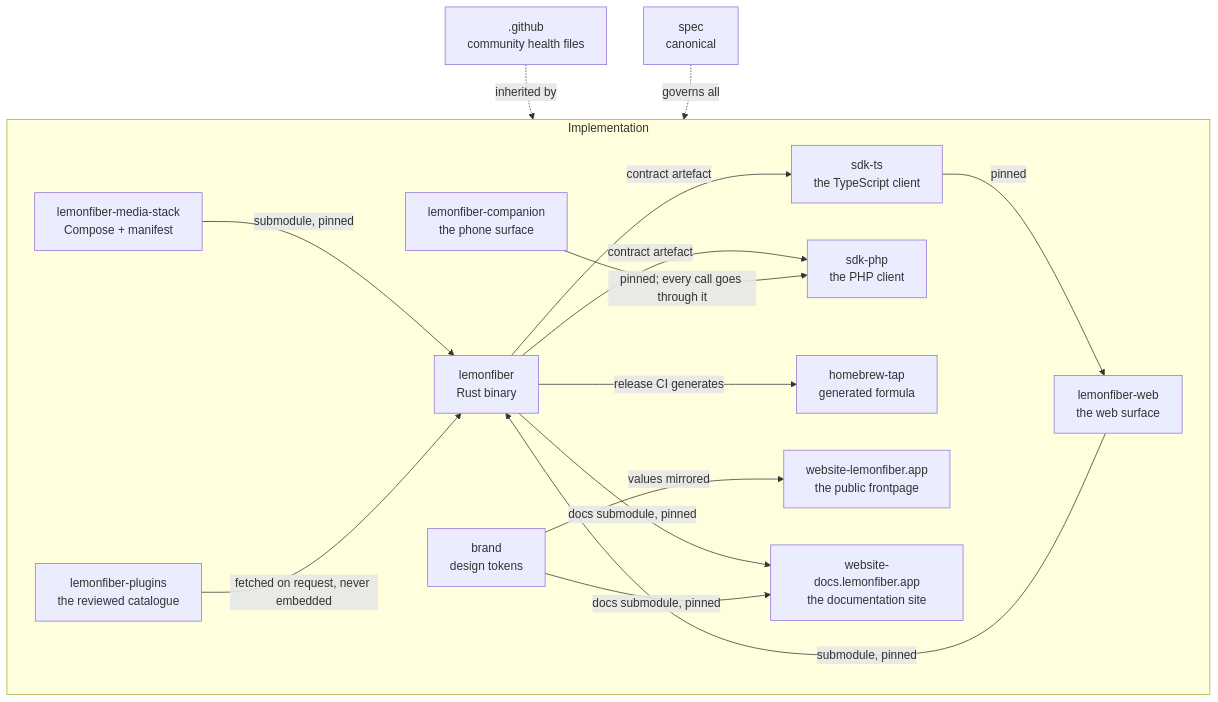
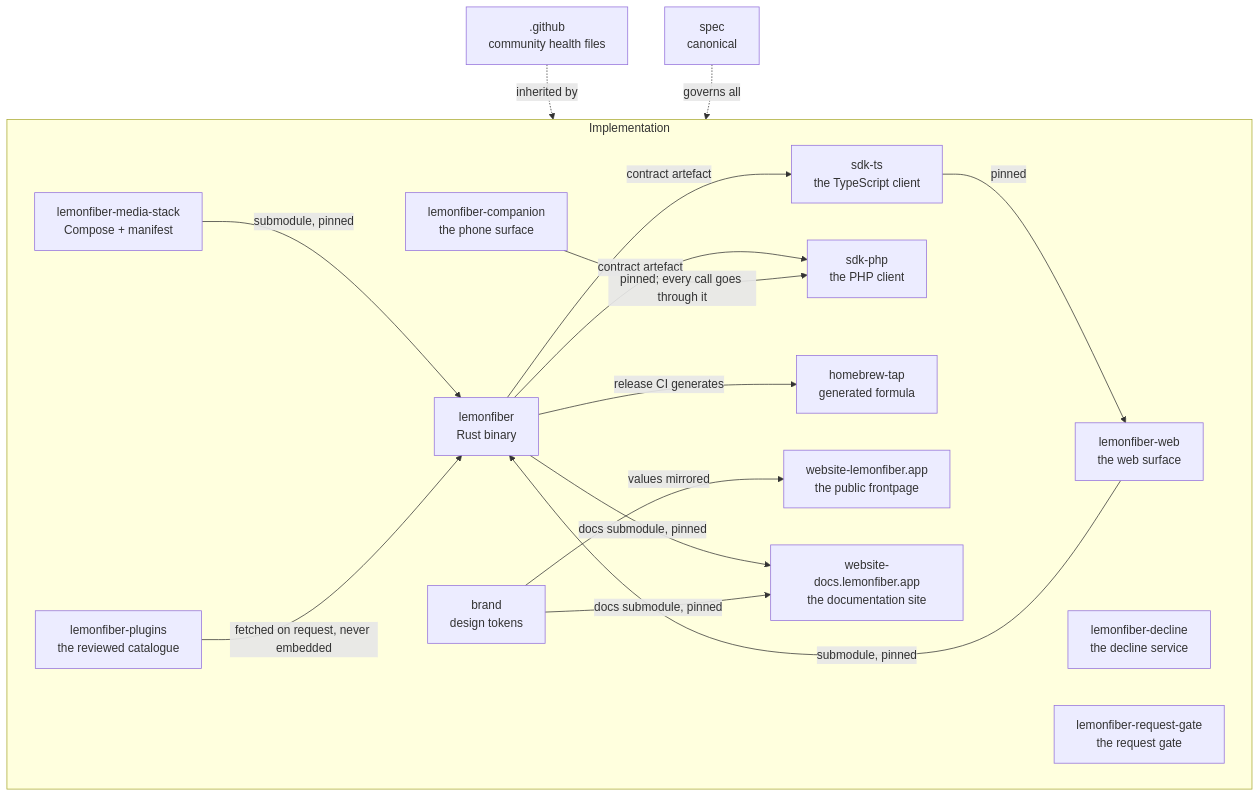
The diagram in 30-repos/README.md (lemonfiber/spec), drawn with Mermaid before and after one commit. The commit also changed other lines of this file and 7 other files, not shown here.

````diff
--- a/30-repos/README.md
+++ b/30-repos/README.md
@@ -19,33 +19,35 @@
 ```mermaid
 flowchart TD
     spec["spec<br/>canonical"]
     gh[".github<br/>community health files"]
 
     subgraph impl[Implementation]
         lemonfiber["lemonfiber<br/>Rust binary"]
         web["lemonfiber-web<br/>the web surface"]
         companion["lemonfiber-companion<br/>the phone surface"]
         sdk["sdk-ts<br/>the TypeScript client"]
         sdkphp["sdk-php<br/>the PHP client"]
         stack["lemonfiber-media-stack<br/>Compose + manifest"]
+        decline["lemonfiber-decline<br/>the decline service"]
+        gate["lemonfiber-request-gate<br/>the request gate"]
         plugins["lemonfiber-plugins<br/>the reviewed catalogue"]
         tap["homebrew-tap<br/>generated formula"]
         site["website-lemonfiber.app<br/>the public frontpage"]
         docs["website-docs.lemonfiber.app<br/>the documentation site"]
         brand["brand<br/>design tokens"]
     end
 
     stack -->|submodule, pinned| lemonfiber
     web -->|submodule, pinned| lemonfiber
     sdk -->|pinned| web
     lemonfiber -->|contract artefact| sdk
     lemonfiber -->|contract artefact| sdkphp
     companion -->|pinned; every call goes through it| sdkphp
     plugins -->|fetched on request, never embedded| lemonfiber
     lemonfiber -->|release CI generates| tap
     brand -->|values mirrored| site
     lemonfiber -->|docs submodule, pinned| docs
     brand -->|docs submodule, pinned| docs
     gh -.->|inherited by| impl
     spec -.->|governs all| impl
 ```
````
